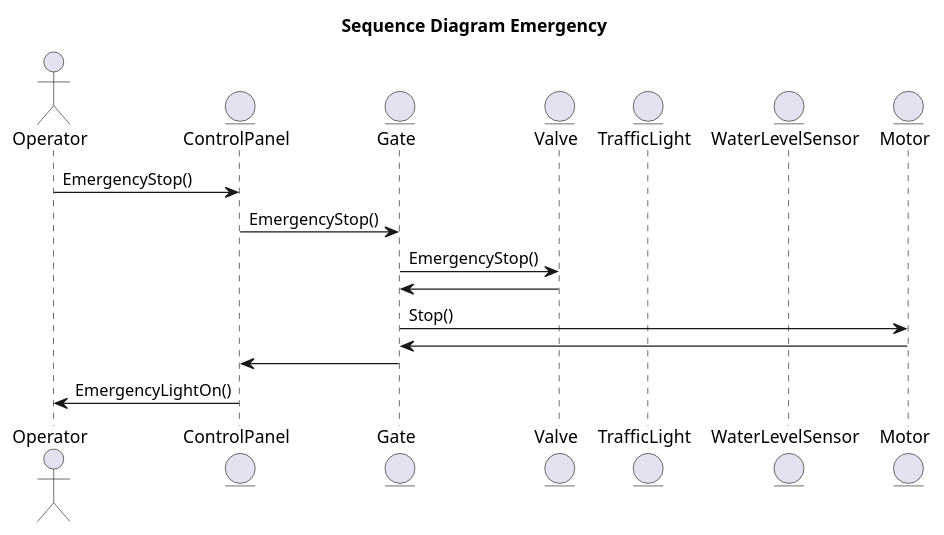
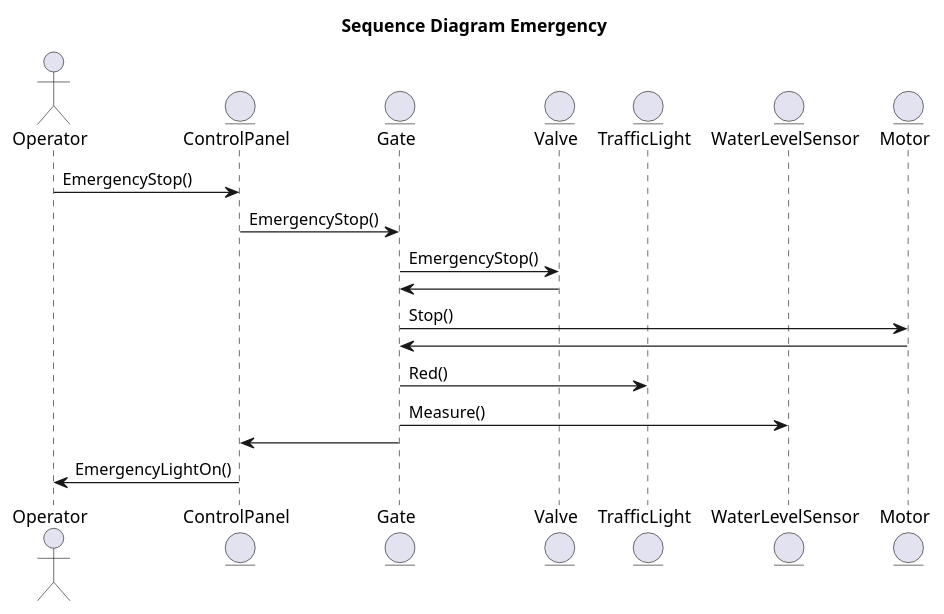
One commit to NathanThus/Technology-Semester-3 changed the fourth of 6 diagrams in Software Design & Algorithms/PoundLock/Diagrams.puml. Above: the diagram before and after it, drawn with PlantUML. The commit also changed other lines of this file, not shown here.

```diff
--- a/Software Design & Algorithms/PoundLock/Diagrams.puml
+++ b/Software Design & Algorithms/PoundLock/Diagrams.puml
@@ -126,21 +130,23 @@
 @startuml Sequence_Emergency
 title Sequence Diagram Emergency
 
 Actor Operator
 Entity ControlPanel
 Entity Gate
 Entity Valve
 Entity TrafficLight
 Entity WaterLevelSensor
 Entity Motor
 
 Operator -> ControlPanel : EmergencyStop()	
 ControlPanel -> Gate : EmergencyStop()
 Gate -> Valve : EmergencyStop()
 Valve -> Gate
 Gate -> Motor : Stop()
 Motor -> Gate
+Gate -> TrafficLight : Red()
+Gate -> WaterLevelSensor : Measure()
 Gate -> ControlPanel
 ControlPanel -> Operator : EmergencyLightOn()
 
 @enduml
```
